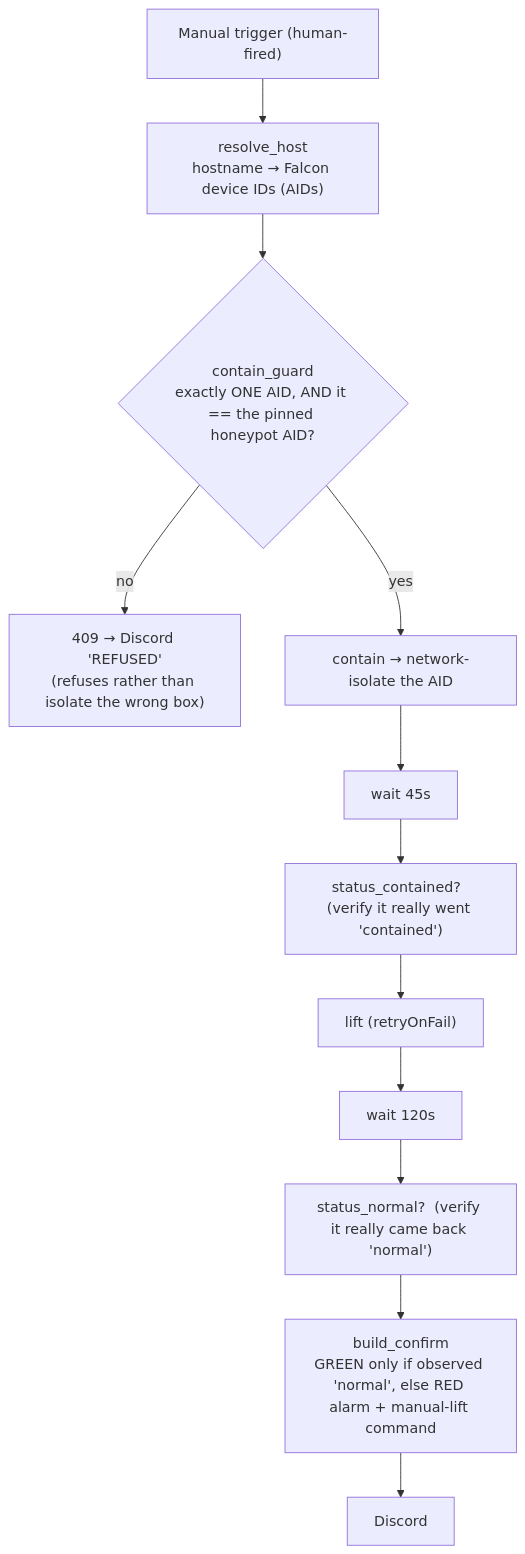
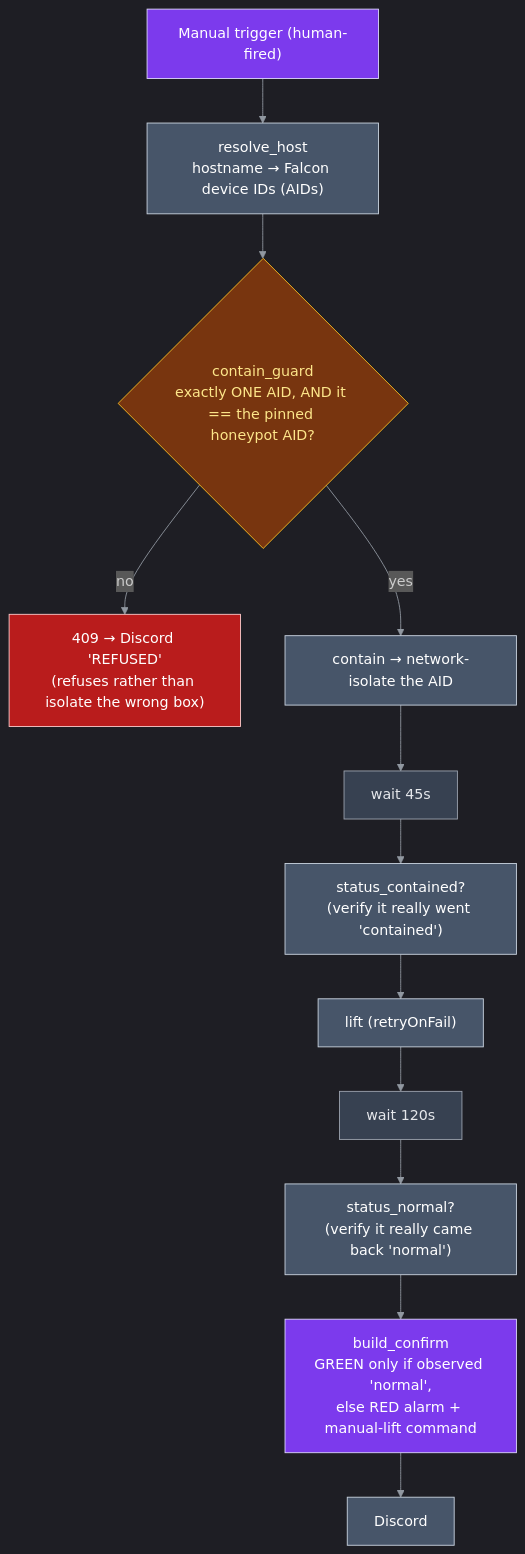
One commit to Armando-ic/soc-automation-honeypot-project changed the fifth of 5 diagrams in infra/honeypot/ARCHITECTURE.md. Above: the diagram before and after it, drawn with Mermaid. The commit also changed other lines of this file and 2 other files, not shown here.

````diff
--- a/infra/honeypot/ARCHITECTURE.md
+++ b/infra/honeypot/ARCHITECTURE.md
@@ -270,12 +320,23 @@
 ```mermaid
+%%{init: {'theme':'dark','themeVariables':{'lineColor':'#9198a1'}}}%%
 flowchart TB
   MN["Manual trigger (human-fired)"] --> RH["resolve_host<br/>hostname → Falcon device IDs (AIDs)"]
   RH --> CG{"contain_guard<br/>exactly ONE AID, AND it == the pinned honeypot AID?"}
   CG -->|no| REF["409 → Discord 'REFUSED'<br/>(refuses rather than isolate the wrong box)"]
   CG -->|yes| CN["contain → network-isolate the AID"]
-  CN --> W1["wait 45s"] --> SC["status_contained?  (verify it really went 'contained')"]
-  SC --> LF["lift  (retryOnFail)"]
-  LF --> W2["wait 120s"] --> SN["status_normal?  (verify it really came back 'normal')"]
-  SN --> BC["build_confirm<br/>GREEN only if observed 'normal', else RED alarm + manual-lift command"]
+  CN --> W1["wait 45s"] --> ST["status_contained?<br/>(verify it really went 'contained')"]
+  ST --> LF["lift  (retryOnFail)"]
+  LF --> W2["wait 120s"] --> SN["status_normal?<br/>(verify it really came back 'normal')"]
+  SN --> BC["build_confirm<br/>GREEN only if observed 'normal',<br/>else RED alarm + manual-lift command"]
   BC --> DC["Discord"]
+  classDef brain fill:#7c3aed,stroke:#ddd6fe,color:#fff
+  classDef ext fill:#475569,stroke:#cbd5e1,color:#fff
+  classDef gate fill:#78350f,stroke:#fbbf24,color:#fde68a
+  classDef fail fill:#b91c1c,stroke:#fecaca,color:#fff
+  classDef neutral fill:#374151,stroke:#9ca3af,color:#e5e7eb
+  class MN,BC brain
+  class RH,CN,ST,LF,SN,DC ext
+  class CG gate
+  class REF fail
+  class W1,W2 neutral
 ```
````
